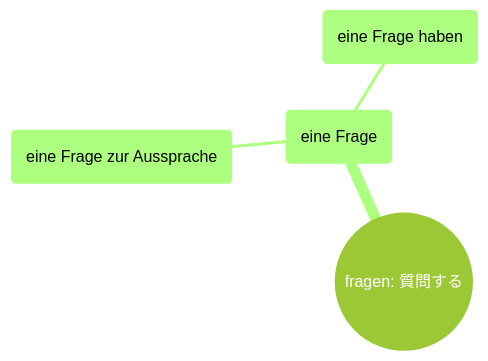
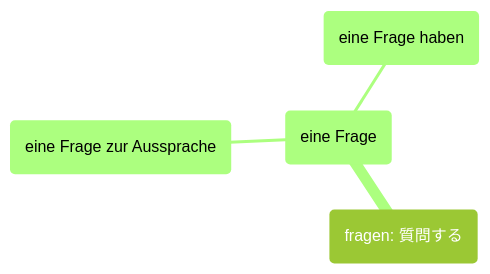
One commit to hyonsoku/mindmap changed the diagram in Dutesch/Verb/fragen.md. Above: the diagram before and after it, drawn with Mermaid (forest theme). The commit also changed 4 other files, not shown here.

````diff
--- a/Dutesch/Verb/fragen.md
+++ b/Dutesch/Verb/fragen.md
@@ -3,7 +3,7 @@
 ```mermaid
 mindmap
-    root((fragen: 質問する))
+    root(fragen: 質問する)
         (eine Frage)
             (eine Frage zur Aussprache)
             (eine Frage haben)
 ```
````
